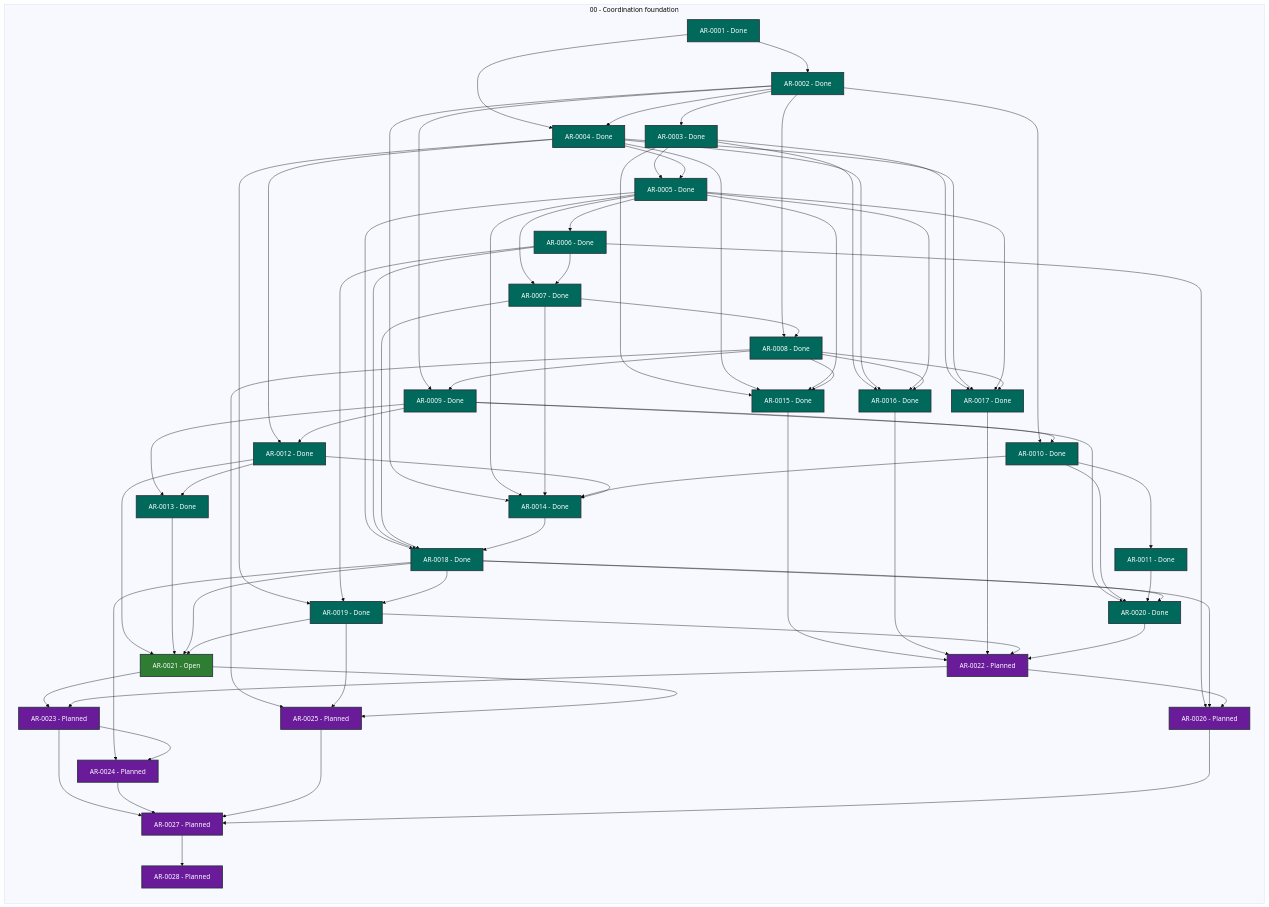
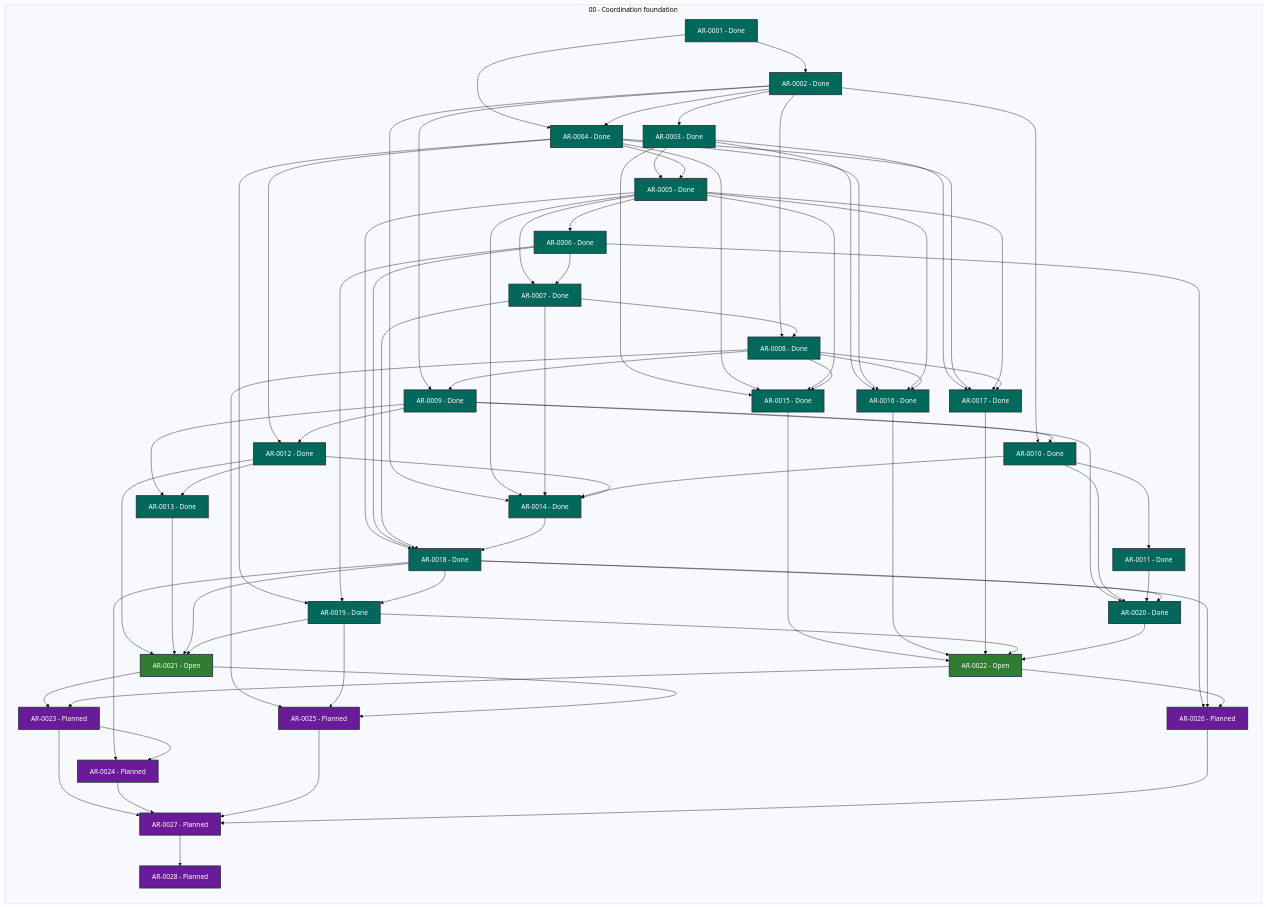
The diagram in STATUS.md (martin-beck/agent-workflow-runtime-state), drawn with Mermaid (base theme) before and after one commit. The commit also changed other lines of this file and 2 other files, not shown here.

```diff
--- a/STATUS.md
+++ b/STATUS.md
@@ -49,7 +49,7 @@
         AR_0019["AR-0019 - Done"]:::status_done
         AR_0020["AR-0020 - Done"]:::status_done
         AR_0021["AR-0021 - Open"]:::status_open
-        AR_0022["AR-0022 - Planned"]:::status_planned
+        AR_0022["AR-0022 - Open"]:::status_open
         AR_0023["AR-0023 - Planned"]:::status_planned
         AR_0024["AR-0024 - Planned"]:::status_planned
         AR_0025["AR-0025 - Planned"]:::status_planned
```
